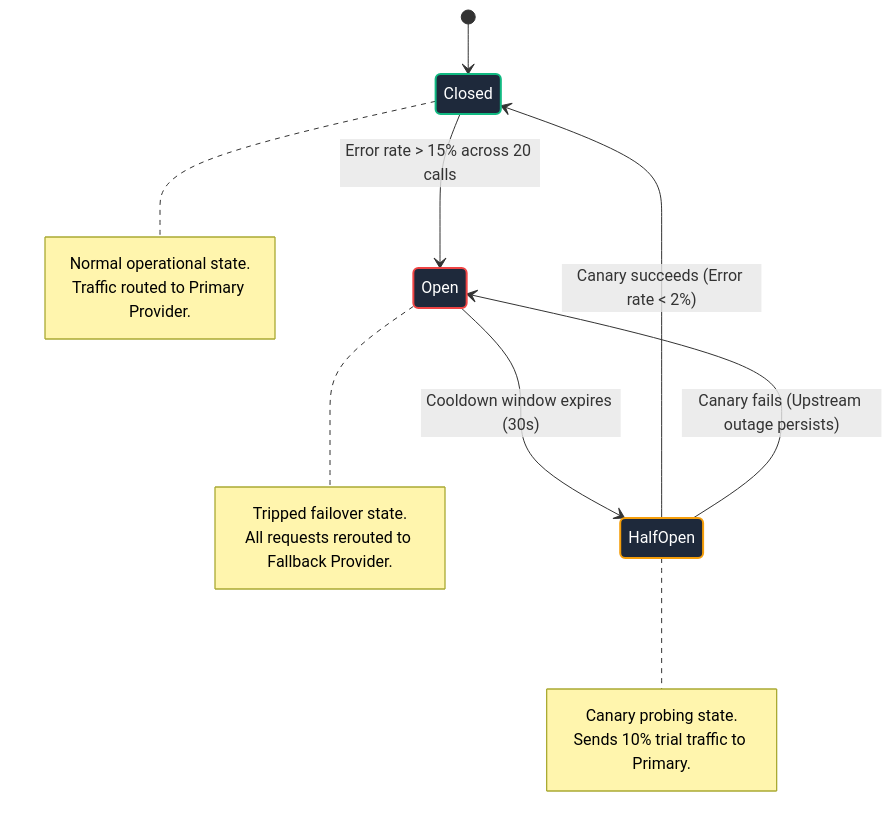
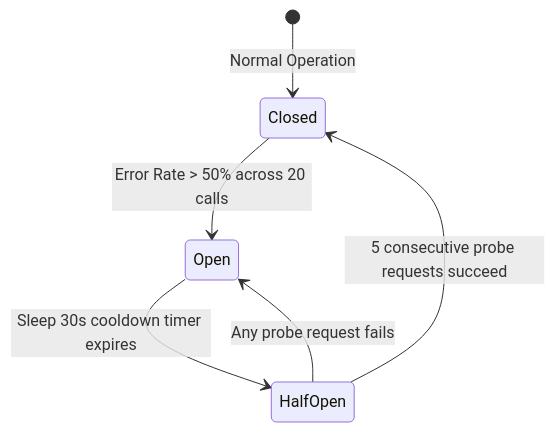
One commit to joydeep-biswas/Interview-Preparation changed the seventh of 15 diagrams in AI Engineering/11_llmops_gateways_and_production_operations.md. Above: the diagram before and after it, drawn with Mermaid. The commit also changed other lines of this file and 143 other files, not shown here.

````diff
--- a/AI Engineering/11_llmops_gateways_and_production_operations.md
+++ b/AI Engineering/11_llmops_gateways_and_production_operations.md
@@ -190,31 +440,8 @@
 ```mermaid
 stateDiagram-v2
-    classDef operational fill:#1e293b,stroke:#10b981,stroke-width:2px,color:#ffffff
-    classDef tripped fill:#1e293b,stroke:#ef4444,stroke-width:2px,color:#ffffff
-    classDef trial fill:#1e293b,stroke:#f59e0b,stroke-width:2px,color:#ffffff
-
-    [*] --> Closed
-    
-    Closed --> Open: Error rate > 15% across 20 calls
-    note right of Closed
-        Normal operational state.
-        Traffic routed to Primary Provider.
-    end note
-
-    Open --> HalfOpen: Cooldown window expires (30s)
-    note right of Open
-        Tripped failover state.
-        All requests rerouted to Fallback Provider.
-    end note
-
-    HalfOpen --> Closed: Canary succeeds (Error rate < 2%)
-    HalfOpen --> Open: Canary fails (Upstream outage persists)
-    note right of HalfOpen
-        Canary probing state.
-        Sends 10% trial traffic to Primary.
-    end note
-
-    class Closed operational
-    class Open tripped
-    class HalfOpen trial
+    [*] --> Closed: Normal Operation
+    Closed --> Open: Error Rate > 50% across 20 calls
+    Open --> HalfOpen: Sleep 30s cooldown timer expires
+    HalfOpen --> Closed: 5 consecutive probe requests succeed
+    HalfOpen --> Open: Any probe request fails
 ```
````
